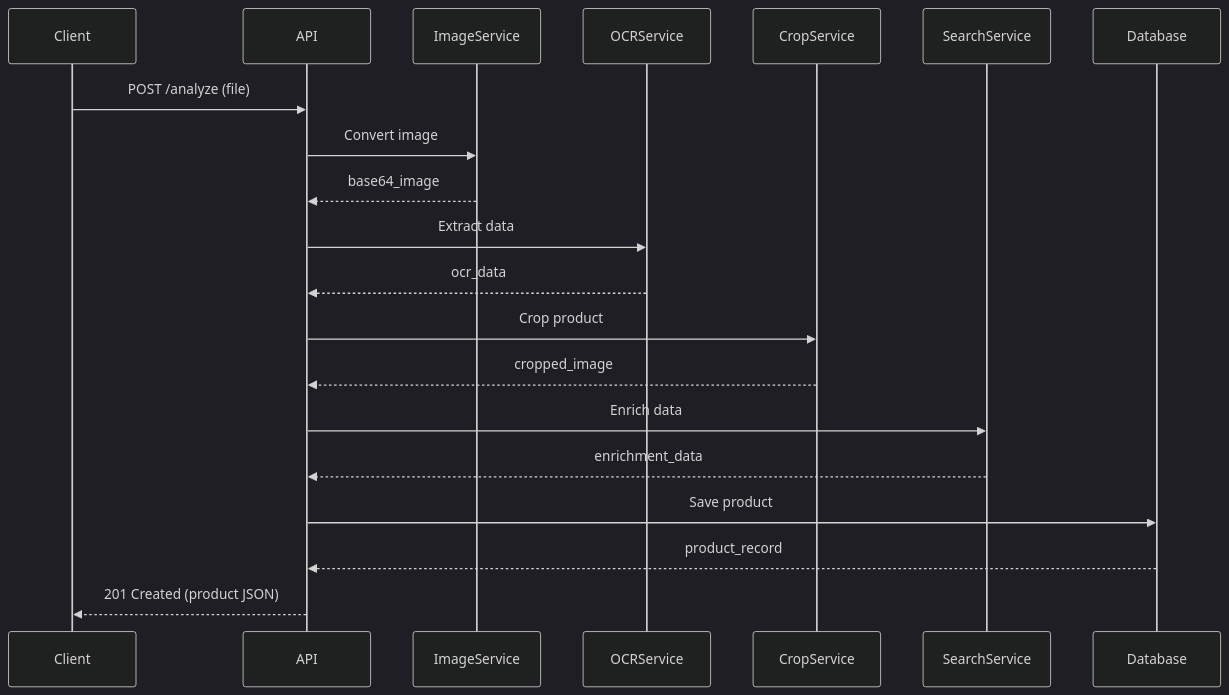
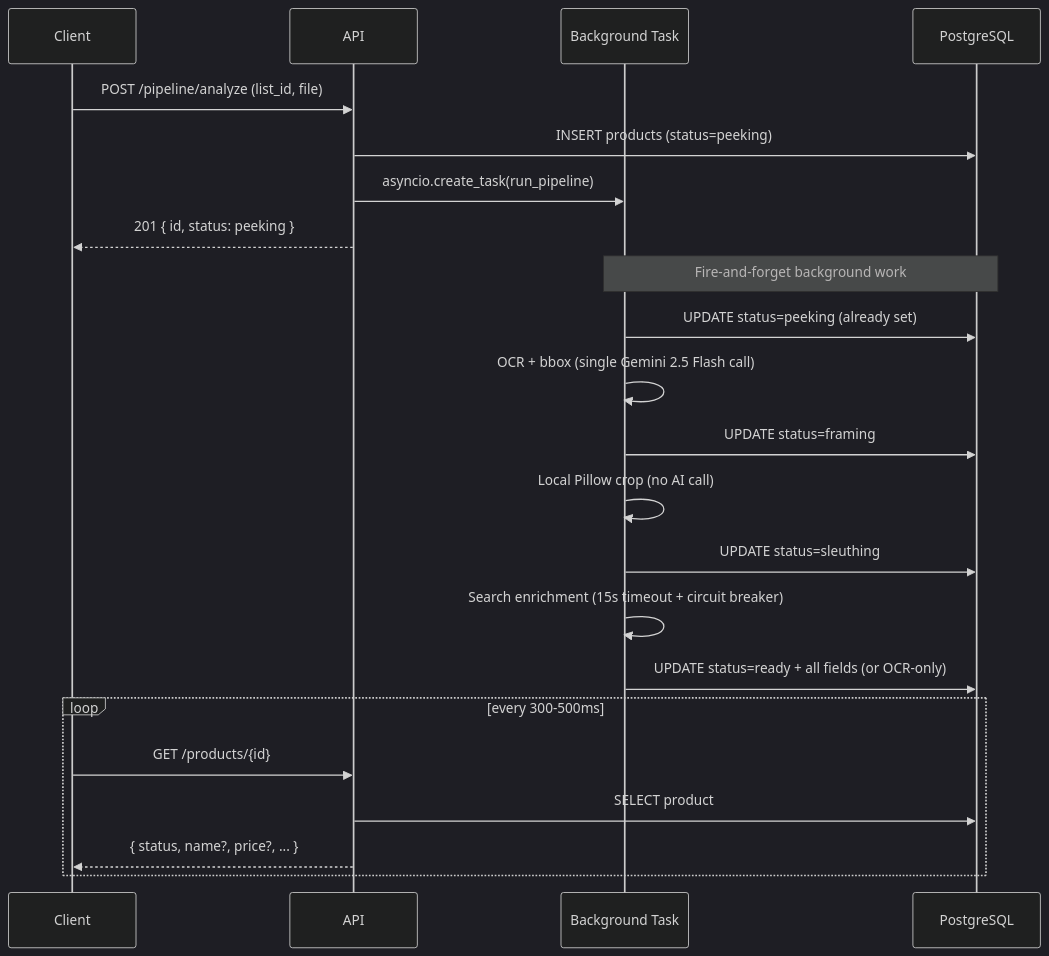
The second of 2 diagrams in api-reference/analyze.mdx (entropi-so/docs), drawn with Mermaid (dark theme) before and after one commit. The commit also changed other lines of this file and 32 other files, not shown here.

````diff
--- a/api-reference/analyze.mdx
+++ b/api-reference/analyze.mdx
@@ -168,27 +193,28 @@
 ```mermaid
 sequenceDiagram
     participant Client
     participant API
-    participant ImageService
-    participant OCRService
-    participant CropService
-    participant SearchService
-    participant Database
+    participant BG as Background Task
+    participant DB as PostgreSQL
 
-    Client->>API: POST /analyze (file)
-    API->>ImageService: Convert image
-    ImageService-->>API: base64_image
-    
-    API->>OCRService: Extract data
-    OCRService-->>API: ocr_data
-    
-    API->>CropService: Crop product
-    CropService-->>API: cropped_image
-    
-    API->>SearchService: Enrich data
-    SearchService-->>API: enrichment_data
-    
-    API->>Database: Save product
-    Database-->>API: product_record
-    API-->>Client: 201 Created (product JSON)
+    Client->>API: POST /pipeline/analyze (list_id, file)
+    API->>DB: INSERT products (status=peeking)
+    API->>BG: asyncio.create_task(run_pipeline)
+    API-->>Client: 201 { id, status: peeking }
+
+    Note over BG,DB: Fire-and-forget background work
+
+    BG->>DB: UPDATE status=peeking (already set)
+    BG->>BG: OCR + bbox (single Gemini 2.5 Flash call)
+    BG->>DB: UPDATE status=framing
+    BG->>BG: Local Pillow crop (no AI call)
+    BG->>DB: UPDATE status=sleuthing
+    BG->>BG: Search enrichment (15s timeout + circuit breaker)
+    BG->>DB: UPDATE status=ready + all fields (or OCR-only)
+
+    loop every 300-500ms
+        Client->>API: GET /products/{id}
+        API->>DB: SELECT product
+        API-->>Client: { status, name?, price?, ... }
+    end
 ```
````
